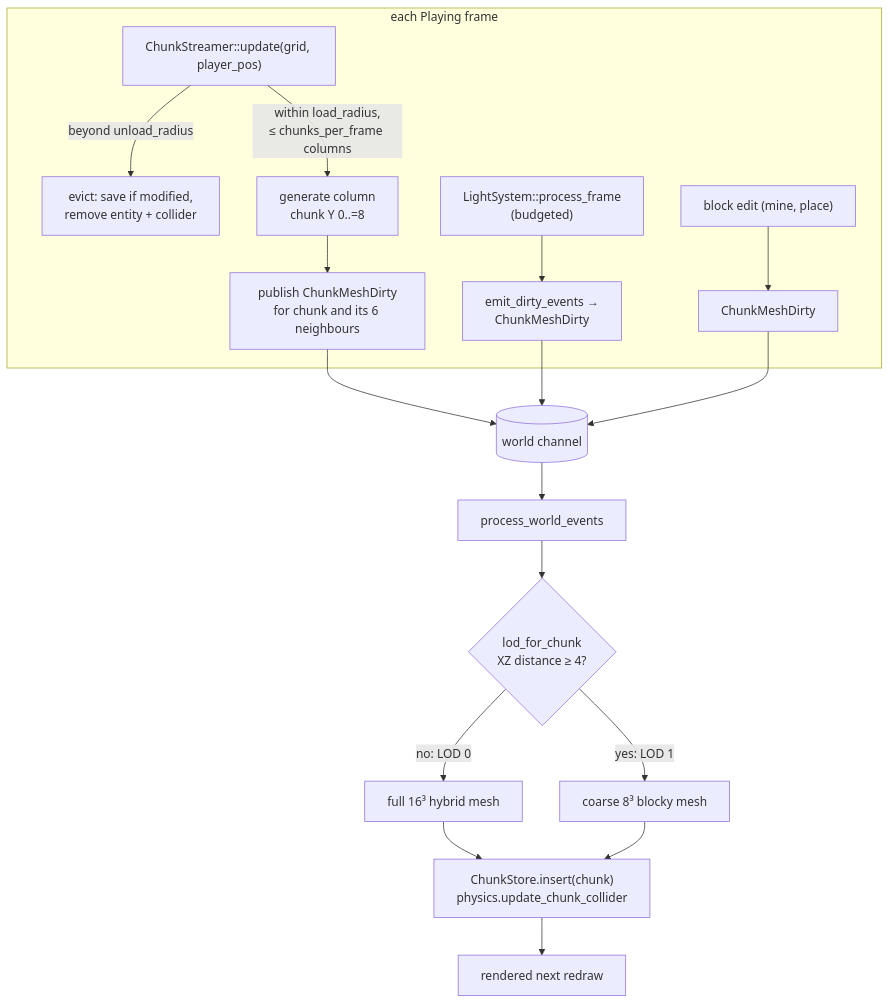
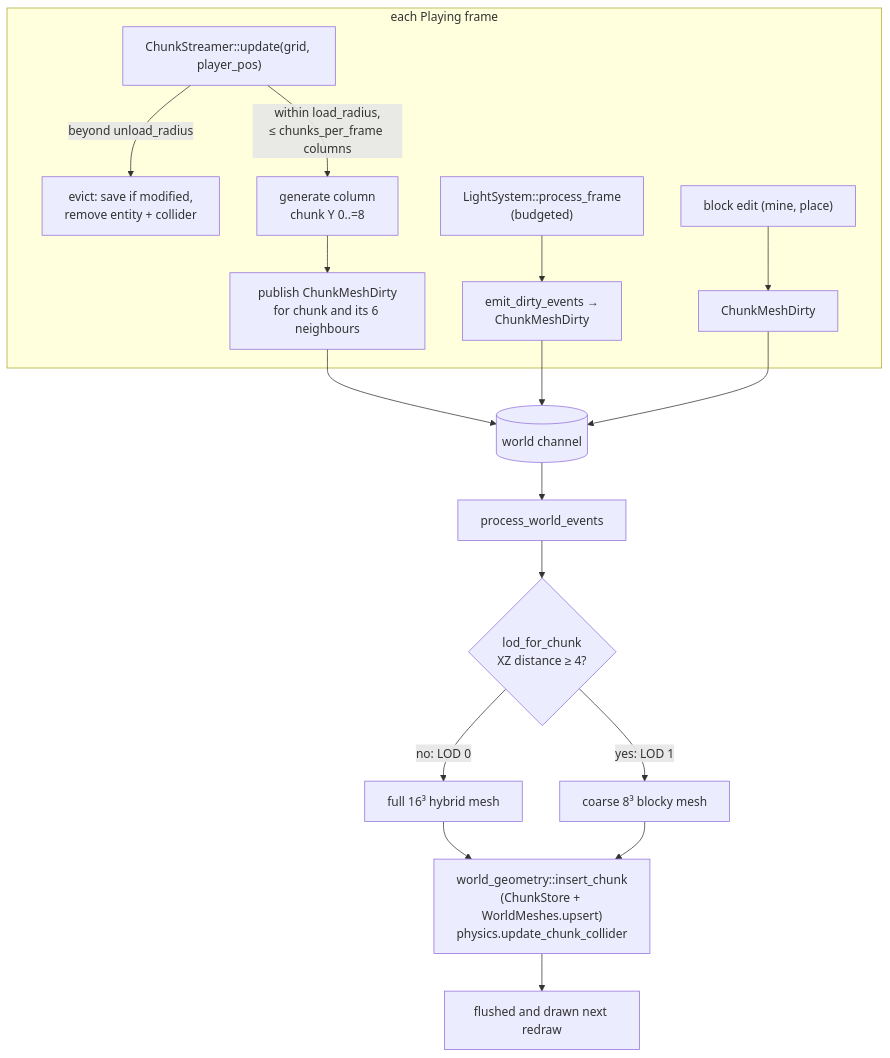
The diagram in wiki/architecture/world-streaming.md (WrackedFella/moho), drawn with Mermaid before and after one commit. The commit also changed other lines of this file and 3 other files, not shown here.

First line of the commit message:
docs(render): ENG-F10-01, world geometry reaches the renderer as meshes by id

````diff
--- a/wiki/architecture/world-streaming.md
+++ b/wiki/architecture/world-streaming.md
@@ -10,18 +10,18 @@
 ```mermaid
 flowchart TD
     subgraph frame["each Playing frame"]
         S["ChunkStreamer::update(grid, player_pos)"]
         S -->|"beyond unload_radius"| EV["evict: save if modified,<br/>remove entity + collider"]
         S -->|"within load_radius,<br/>≤ chunks_per_frame columns"| LD["generate column<br/>chunk Y 0..=8"]
         LD --> D1["publish ChunkMeshDirty<br/>for chunk and its 6 neighbours"]
         LS["LightSystem::process_frame<br/>(budgeted)"] --> D2["emit_dirty_events →<br/>ChunkMeshDirty"]
         EDIT["block edit (mine, place)"] --> D3["ChunkMeshDirty"]
     end
     D1 & D2 & D3 --> CH[("world channel")]
     CH --> PW["process_world_events"]
     PW --> LOD{"lod_for_chunk<br/>XZ distance ≥ 4?"}
     LOD -- "no: LOD 0" --> M0["full 16³ hybrid mesh"]
     LOD -- "yes: LOD 1" --> M1["coarse 8³ blocky mesh"]
-    M0 & M1 --> OUT["ChunkStore.insert(chunk)<br/>physics.update_chunk_collider"]
-    OUT --> R["rendered next redraw"]
+    M0 & M1 --> OUT["world_geometry::insert_chunk<br/>(ChunkStore + WorldMeshes.upsert)<br/>physics.update_chunk_collider"]
+    OUT --> R["flushed and drawn next redraw"]
 ```
````
